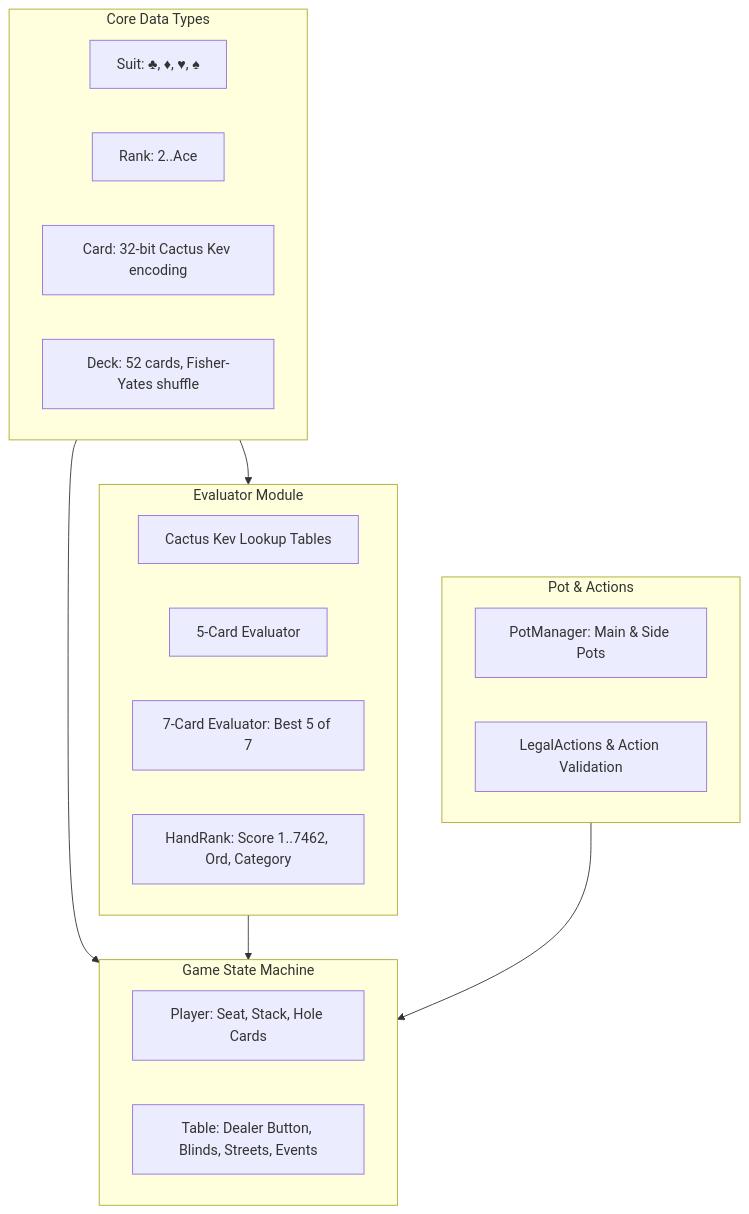
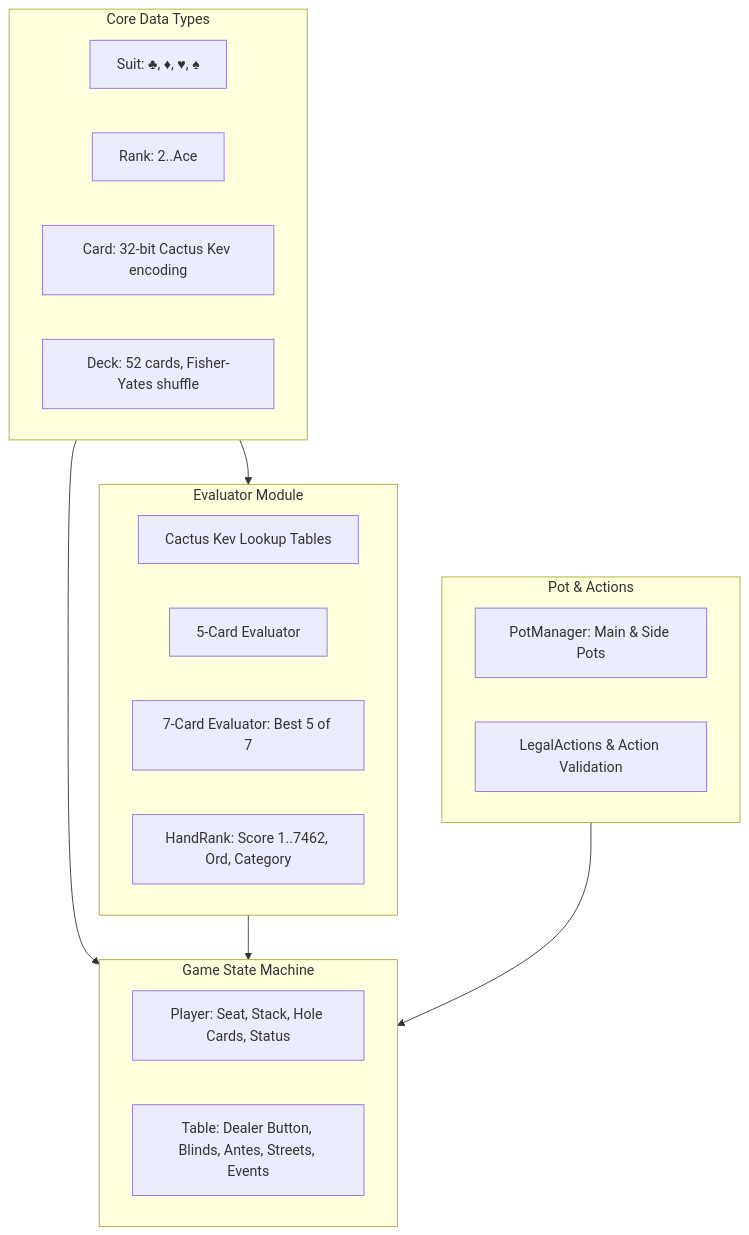
The diagram in README.md (ZocketZero/poker-engine), drawn with Mermaid before and after one commit. The commit also changed other lines of this file, not shown here.

````diff
--- a/README.md
+++ b/README.md
@@ -43,31 +47,31 @@
 ```mermaid
 flowchart TD
     subgraph Core ["Core Data Types"]
-        Suit[Suit: ♣, ♦, ♥, ♠]
-        Rank[Rank: 2..Ace]
-        Card[Card: 32-bit Cactus Kev encoding]
-        Deck[Deck: 52 cards, Fisher-Yates shuffle]
+        Suit["Suit: ♣, ♦, ♥, ♠"]
+        Rank["Rank: 2..Ace"]
+        Card["Card: 32-bit Cactus Kev encoding"]
+        Deck["Deck: 52 cards, Fisher-Yates shuffle"]
     end
 
     subgraph Evaluator ["Evaluator Module"]
-        Tables[Cactus Kev Lookup Tables]
-        Eval5[5-Card Evaluator]
-        Eval7[7-Card Evaluator: Best 5 of 7]
-        HandRank[HandRank: Score 1..7462, Ord, Category]
+        Tables["Cactus Kev Lookup Tables"]
+        Eval5["5-Card Evaluator"]
+        Eval7["7-Card Evaluator: Best 5 of 7"]
+        HandRank["HandRank: Score 1..7462, Ord, Category"]
     end
 
     subgraph Accounting ["Pot & Actions"]
-        PotManager[PotManager: Main & Side Pots]
-        Actions[LegalActions & Action Validation]
+        PotManager["PotManager: Main & Side Pots"]
+        Actions["LegalActions & Action Validation"]
     end
 
     subgraph Engine ["Game State Machine"]
-        Player[Player: Seat, Stack, Hole Cards]
-        Table[Table: Dealer Button, Blinds, Streets, Events]
+        Player["Player: Seat, Stack, Hole Cards, Status"]
+        Table["Table: Dealer Button, Blinds, Antes, Streets, Events"]
     end
 
     Core --> Evaluator
     Core --> Engine
     Evaluator --> Engine
     Accounting --> Engine
 ```
````
